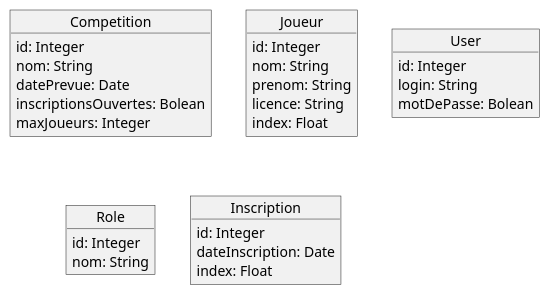
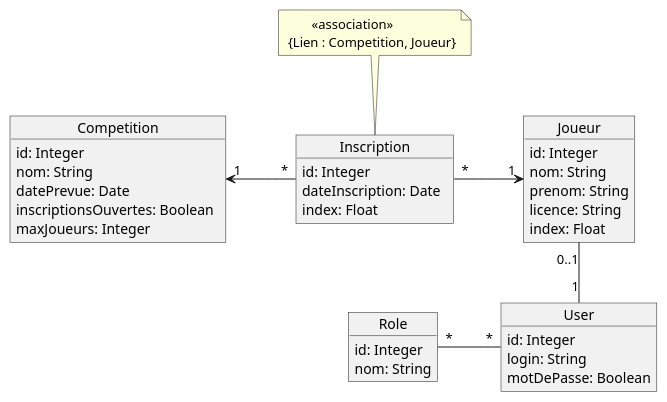
One commit to sio-melun/springsecuritydocs changed the diagram in src/docs/asciidoc/spring-security-intro.adoc. Above: the diagram before and after it, drawn with PlantUML.

Commit message:
proposition de liaisons dans le modèle

```diff
--- a/src/docs/asciidoc/spring-security-intro.adoc
+++ b/src/docs/asciidoc/spring-security-intro.adoc
@@ -29,36 +29,43 @@
 [plantuml]
 ----
 object Competition {
   id: Integer
   nom: String
   datePrevue: Date
-  inscriptionsOuvertes: Bolean
+  inscriptionsOuvertes: Boolean\t
   maxJoueurs: Integer
 }
 
 object Joueur {
   id: Integer
   nom: String
   prenom: String
   licence: String
   index: Float
 
 }
 
 object User {
   id: Integer
   login: String
-  motDePasse: Bolean
+  motDePasse: Boolean
 }
 
 object Role {
   id: Integer
   nom: String
 }
 
 object Inscription {
   id: Integer
-  dateInscription: Date
+  dateInscription: Date\t
   index: Float
 }
+
+Inscription "*" -> "1" Joueur : "          "
+Competition "1" <- "*" Inscription : "          "
+Joueur "0..1" -- "1" User
+Role "*" - "*" User : "        "
+note top of Inscription : \t<<association>>\n {Lien : Competition, Joueur}
+
 ----
```
